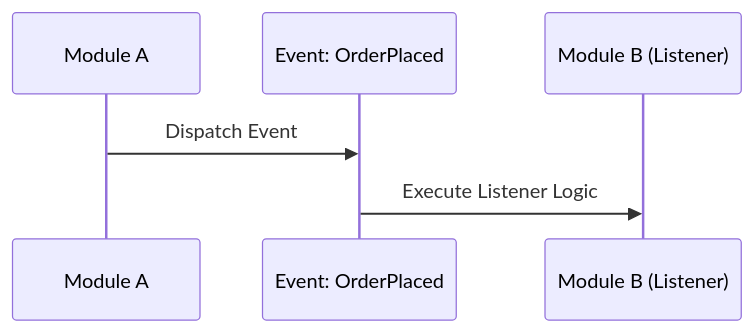
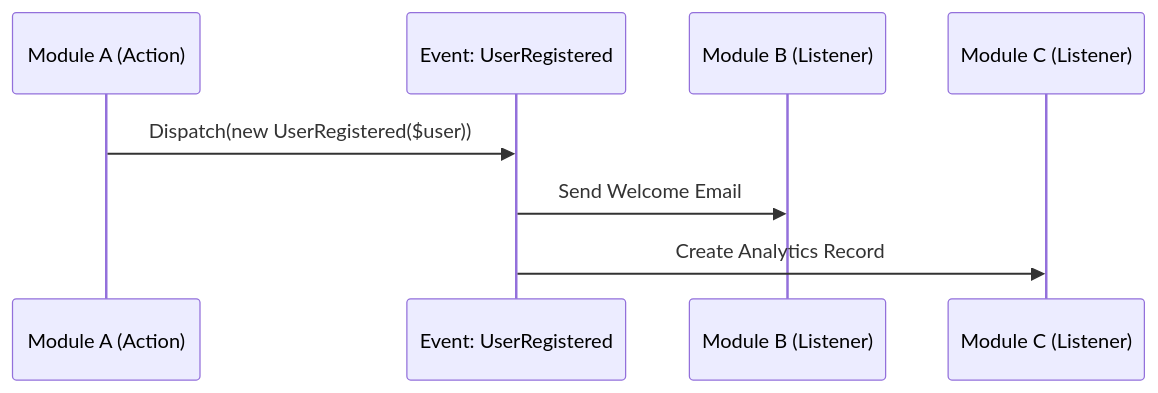
Before and after one commit to thomiOmi/laravel-starterkit-api: the diagram in .ai/skills/laravel-patterns/SKILL.md, drawn with Mermaid. The commit also changed other lines of this file and 10 other files, not shown here.

````diff
--- a/.ai/skills/laravel-patterns/SKILL.md
+++ b/.ai/skills/laravel-patterns/SKILL.md
@@ -41,9 +42,11 @@
 ```mermaid
 sequenceDiagram
-    participant A as Module A
-    participant E as Event: OrderPlaced
+    participant A as Module A (Action)
+    participant E as Event: UserRegistered
     participant B as Module B (Listener)
+    participant C as Module C (Listener)
 
-    A->>E: Dispatch Event
-    E->>B: Execute Listener Logic
+    A->>E: Dispatch(new UserRegistered($user))
+    E->>B: Send Welcome Email
+    E->>C: Create Analytics Record
 ```
````
